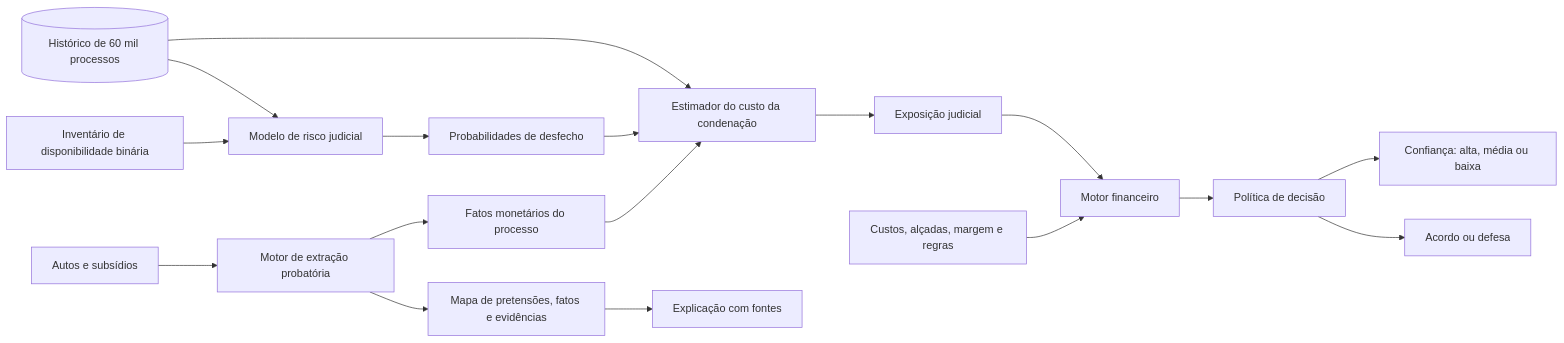
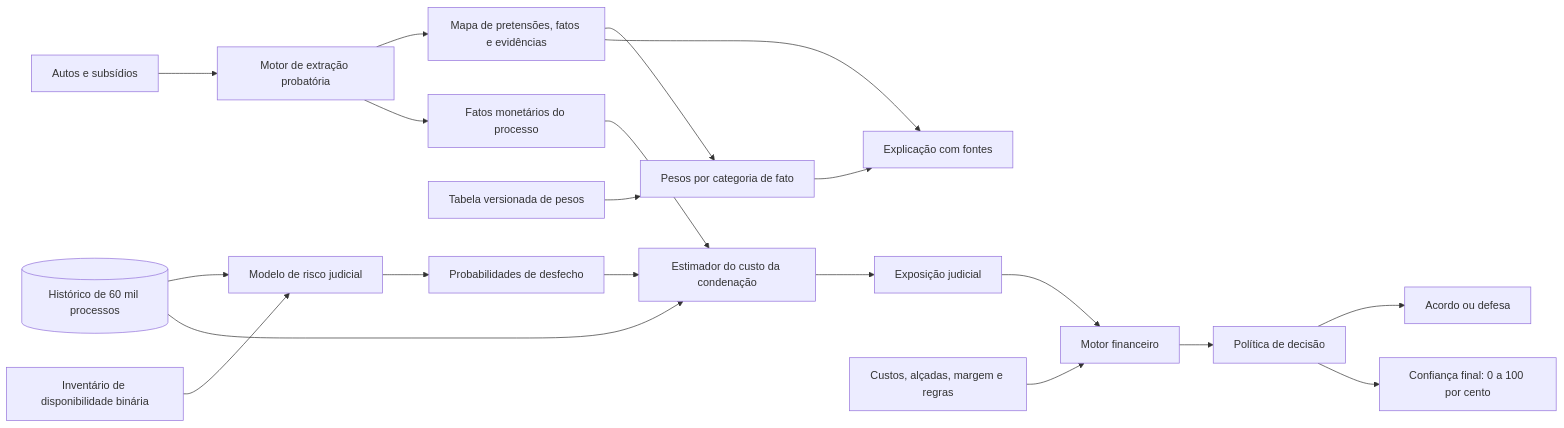
The diagram in docs/architecture_engine.md (sll-bruno/hackathon-unicamp-2026), drawn with Mermaid before and after one commit. The commit also changed other lines of this file and 2 other files, not shown here.

Commit message:
docs: specify percentage confidence, fact weights and team workstreams

````diff
--- a/docs/architecture_engine.md
+++ b/docs/architecture_engine.md
@@ -22,22 +22,25 @@
 ```mermaid
 flowchart LR
     docs[Autos e subsídios] --> extraction[Motor de extração probatória]
     extraction --> evidence[Mapa de pretensões, fatos e evidências]
     extraction --> monetary[Fatos monetários do processo]
+    evidence --> weights[Pesos por categoria de fato]
+    weight_config[Tabela versionada de pesos] --> weights
 
     inventory[Inventário de disponibilidade binária] --> risk
     history[(Histórico de 60 mil processos)] --> risk[Modelo de risco judicial]
     risk --> probabilities[Probabilidades de desfecho]
 
     monetary --> severity[Estimador do custo da condenação]
     history --> severity
     probabilities --> severity
     severity --> exposure[Exposição judicial]
 
     exposure --> finance[Motor financeiro]
     evidence --> explanation[Explicação com fontes]
     policy[Custos, alçadas, margem e regras] --> finance
     finance --> decision[Política de decisão]
     decision --> action[Acordo ou defesa]
-    decision --> confidence[Confiança: alta, média ou baixa]
+    decision --> confidence[Confiança final: 0 a 100 por cento]
+    weights --> explanation
 ```
````
